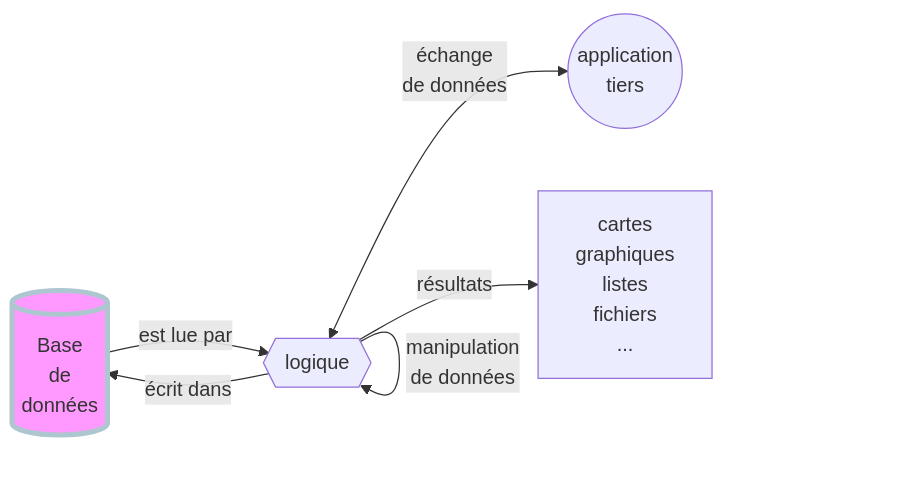
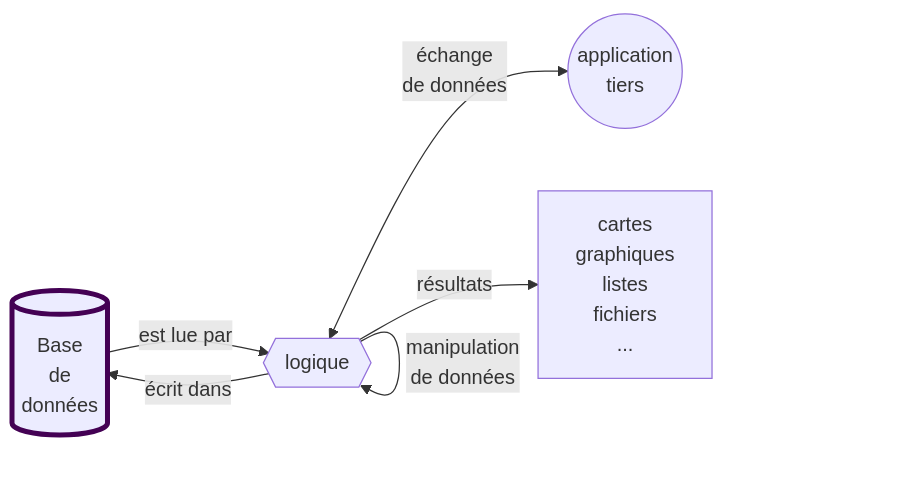
The second of 2 diagrams in profiles/arcam-traject/README.md (zoometh/thomashuet), drawn with Mermaid before and after one commit. The commit also changed other lines of this file, not shown here.

````diff
--- a/profiles/arcam-traject/README.md
+++ b/profiles/arcam-traject/README.md
@@ -120,9 +120,9 @@
 ```mermaid
 flowchart LR
     A[(Base<br>de<br>données)]:::semantic -- est lue par --> B{{logique}}:::logic;
     B -- "écrit dans" --> A;
     B -- manipulation<br>de données --> B;
     B <-- "échange<br>de données" --> C((application<br>tiers)):::third;
     B -- résultats --> D[cartes<br>graphiques<br>listes<br>fichiers<br>...]:::output;;
-    style A fill:#f9f,stroke:#AEC6CF,stroke-width:4px
+    style A stroke:#440154,stroke-width:4px
 ```
````
